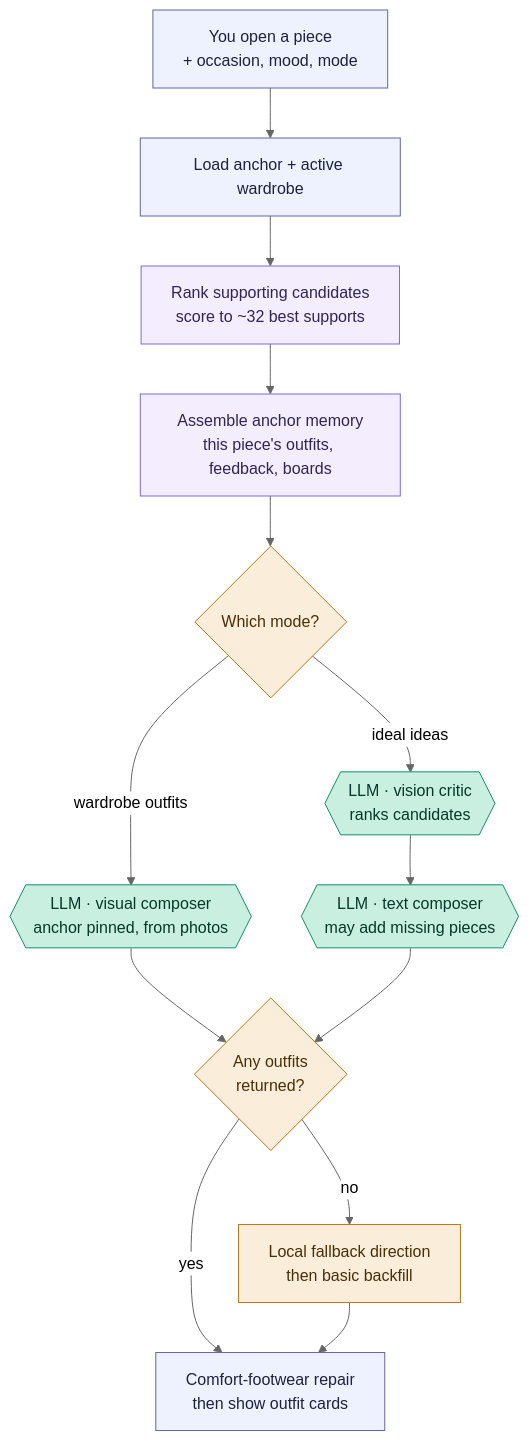
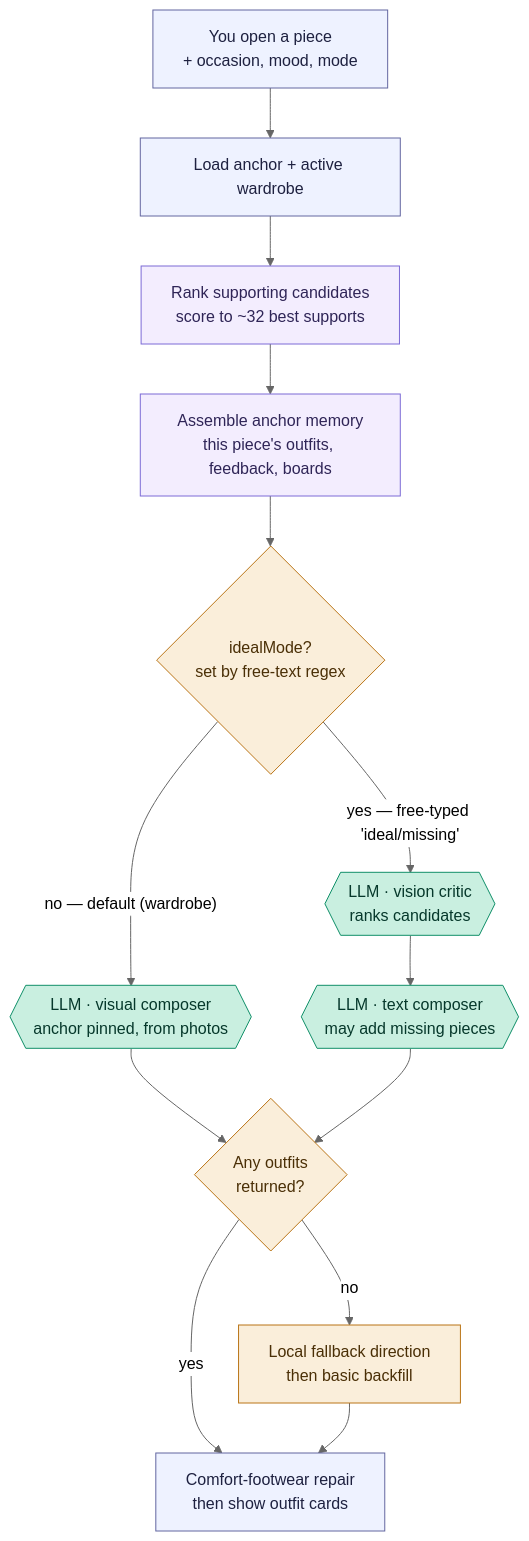
One commit to yunap/closet changed the diagram in docs/flows/selected-piece-composer.md. Above: the diagram before and after it, drawn with Mermaid (neutral theme). The commit also changed other lines of this file and 2 other files, not shown here.

First line of the commit message:
docs: correct ideal-routing labels in selected-piece + editorial flows

````diff
--- a/docs/flows/selected-piece-composer.md
+++ b/docs/flows/selected-piece-composer.md
@@ -17,22 +24,22 @@
 ```mermaid
 flowchart TD
     A["You open a piece<br/>+ occasion, mood, mode"] --> B["Load anchor + active wardrobe"]
     B --> C["Rank supporting candidates<br/>score to ~32 best supports"]
     C --> D["Assemble anchor memory<br/>this piece's outfits, feedback, boards"]
-    D --> M{"Which mode?"}
-    M -->|wardrobe outfits| E{{"LLM · visual composer<br/>anchor pinned, from photos"}}
-    M -->|ideal ideas| V{{"LLM · vision critic<br/>ranks candidates"}} --> E2{{"LLM · text composer<br/>may add missing pieces"}}
+    D --> M{"idealMode?<br/>set by free-text regex"}
+    M -->|"no — default (wardrobe)"| E{{"LLM · visual composer<br/>anchor pinned, from photos"}}
+    M -->|"yes — free-typed 'ideal/missing'"| V{{"LLM · vision critic<br/>ranks candidates"}} --> E2{{"LLM · text composer<br/>may add missing pieces"}}
     E --> F{"Any outfits<br/>returned?"}
     E2 --> F
     F -->|yes| R["Comfort-footwear repair<br/>then show outfit cards"]
     F -->|no| G["Local fallback direction<br/>then basic backfill"] --> R
 
     classDef app fill:#eef2ff,stroke:#6366a0,color:#1e2140;
     classDef rules fill:#f3edfe,stroke:#7c6bd6,color:#2f2557;
     classDef model fill:#c9efe0,stroke:#0f8f68,color:#06382b;
     classDef check fill:#faeeda,stroke:#ba7517,color:#4a2f06;
     class A,B,R app;
     class C,D rules;
     class E,V,E2 model;
     class M,F,G check;
 ```
````
